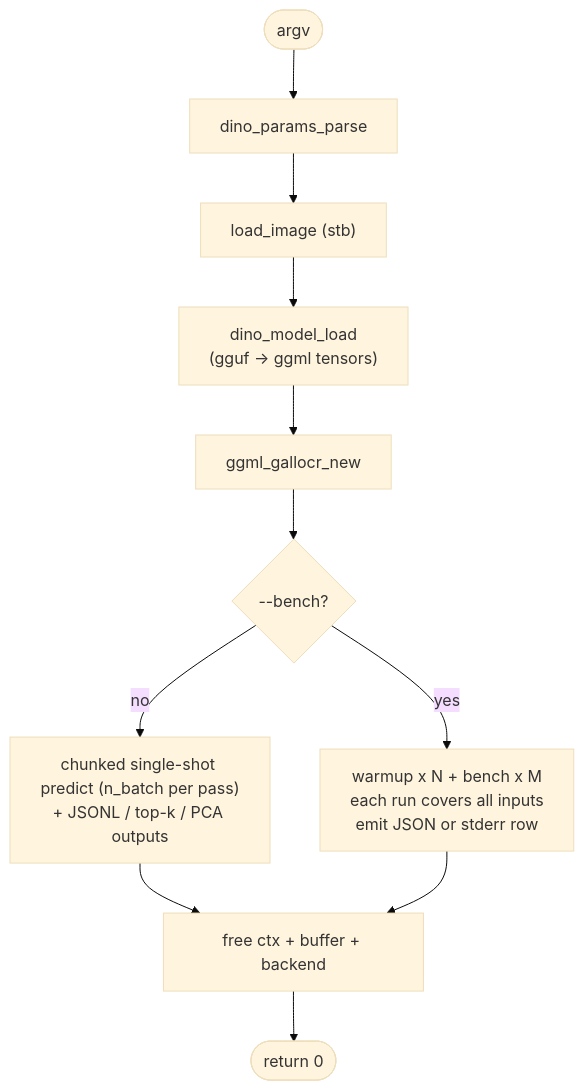
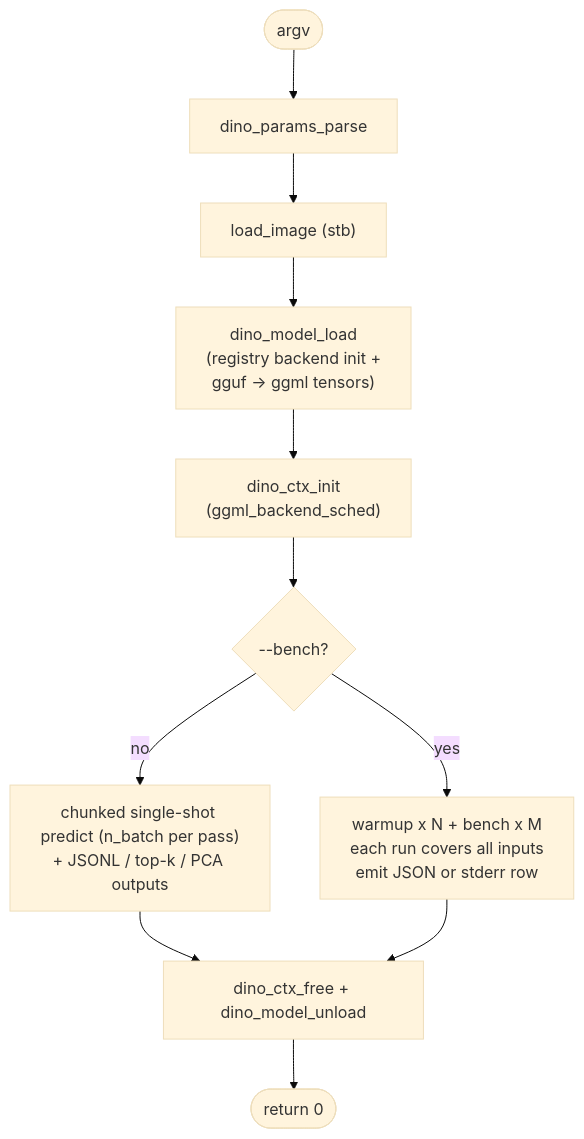
The fourth of 4 diagrams in ARCHITECTURE.md (espetro/dinov2.cpp), drawn with Mermaid (base theme) before and after one commit. The commit also changed other lines of this file and 2 other files, not shown here.

````diff
--- a/ARCHITECTURE.md
+++ b/ARCHITECTURE.md
@@ -196,13 +224,13 @@
 ```mermaid
 flowchart TD
     start([argv]) --> parse["dino_params_parse"]
     parse --> load_img["load_image (stb)"]
-    load_img --> load_model["dino_model_load<br/>(gguf -> ggml tensors)"]
-    load_model --> alloc["ggml_gallocr_new"]
+    load_img --> load_model["dino_model_load<br/>(registry backend init +<br/>gguf -> ggml tensors)"]
+    load_model --> alloc["dino_ctx_init<br/>(ggml_backend_sched)"]
     alloc --> branch{--bench?}
     branch -- no --> single["chunked single-shot predict (n_batch per pass)<br/>+ JSONL / top-k / PCA outputs"]
     branch -- yes --> loop["warmup x N + bench x M<br/>each run covers all inputs<br/>emit JSON or stderr row"]
-    single --> cleanup["free ctx + buffer + backend"]
+    single --> cleanup["dino_ctx_free + dino_model_unload"]
     loop --> cleanup
     cleanup --> exit([return 0])
 ```
````
